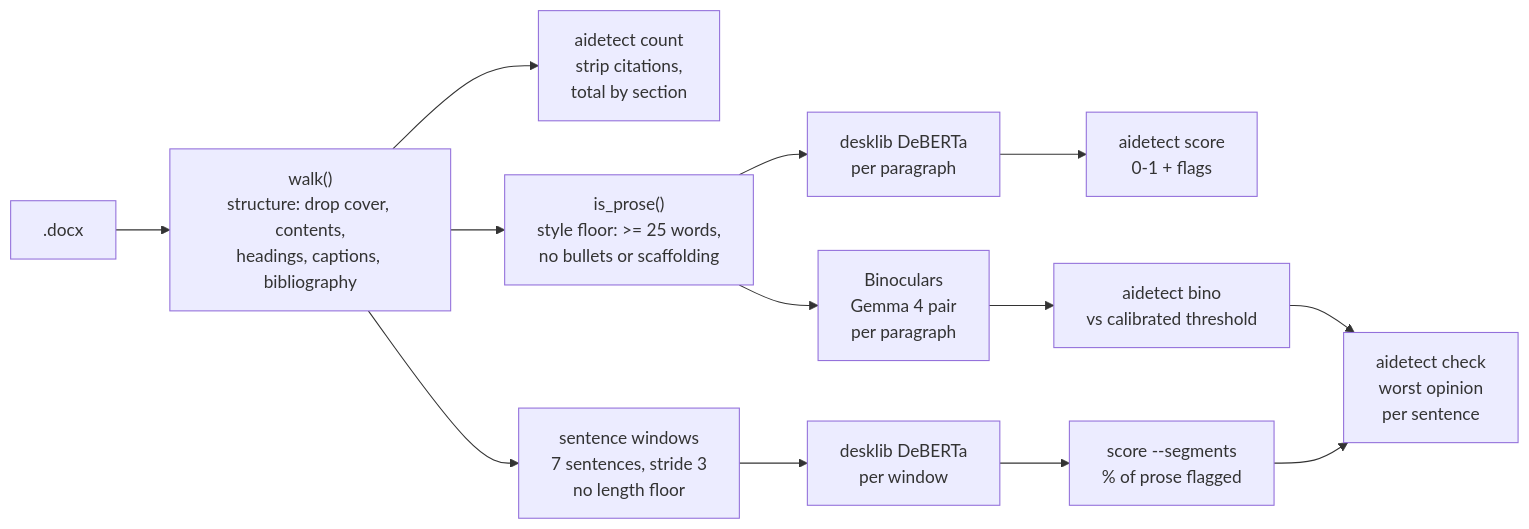
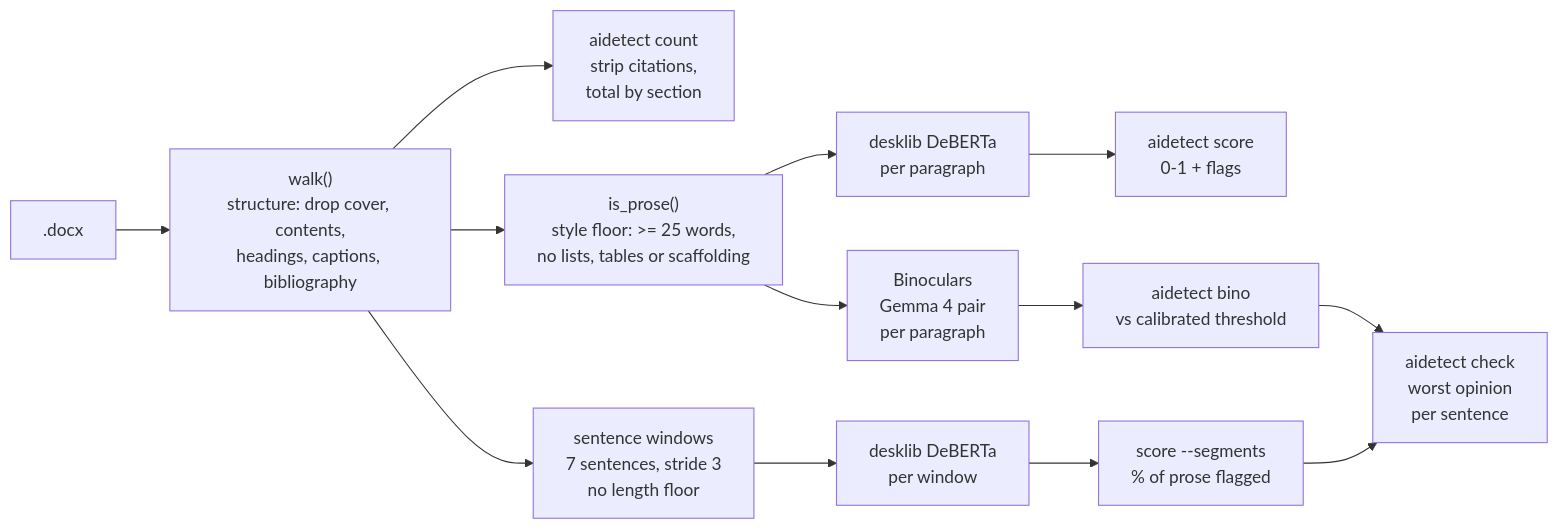
One commit to nitrimandylis/aidetect changed the diagram in README.md. Above: the diagram before and after it, drawn with Mermaid. The commit also changed 3 other files, not shown here.

Commit message:
correct the regeneration banner, the is_prose diagram label and the Mathematics spelling

````diff
--- a/README.md
+++ b/README.md
@@ -126,15 +126,15 @@
 ```mermaid
 flowchart LR
     A[".docx"] --> B["walk()<br/>structure: drop cover, contents,<br/>headings, captions, bibliography"]
     B --> C["aidetect count<br/>strip citations,<br/>total by section"]
-    B --> P["is_prose()<br/>style floor: >= 25 words,<br/>no bullets or scaffolding"]
+    B --> P["is_prose()<br/>style floor: >= 25 words,<br/>no lists, tables or scaffolding"]
     B --> S["sentence windows<br/>7 sentences, stride 3<br/>no length floor"]
     P --> D1["desklib DeBERTa<br/>per paragraph"]
     P --> BN["Binoculars<br/>Gemma 4 pair<br/>per paragraph"]
     S --> D2["desklib DeBERTa<br/>per window"]
     D1 --> O1["aidetect score<br/>0-1 + flags"]
     D2 --> O2["score --segments<br/>% of prose flagged"]
     BN --> O3["aidetect bino<br/>vs calibrated threshold"]
     O2 --> K["aidetect check<br/>worst opinion<br/>per sentence"]
     O3 --> K
 ```
````
